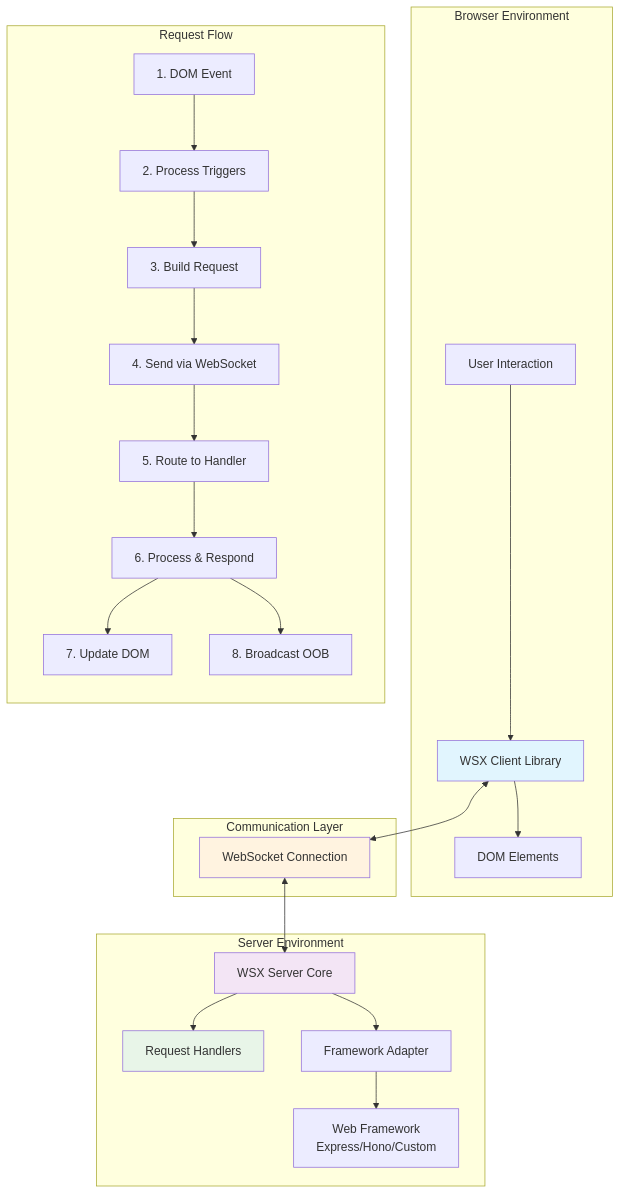
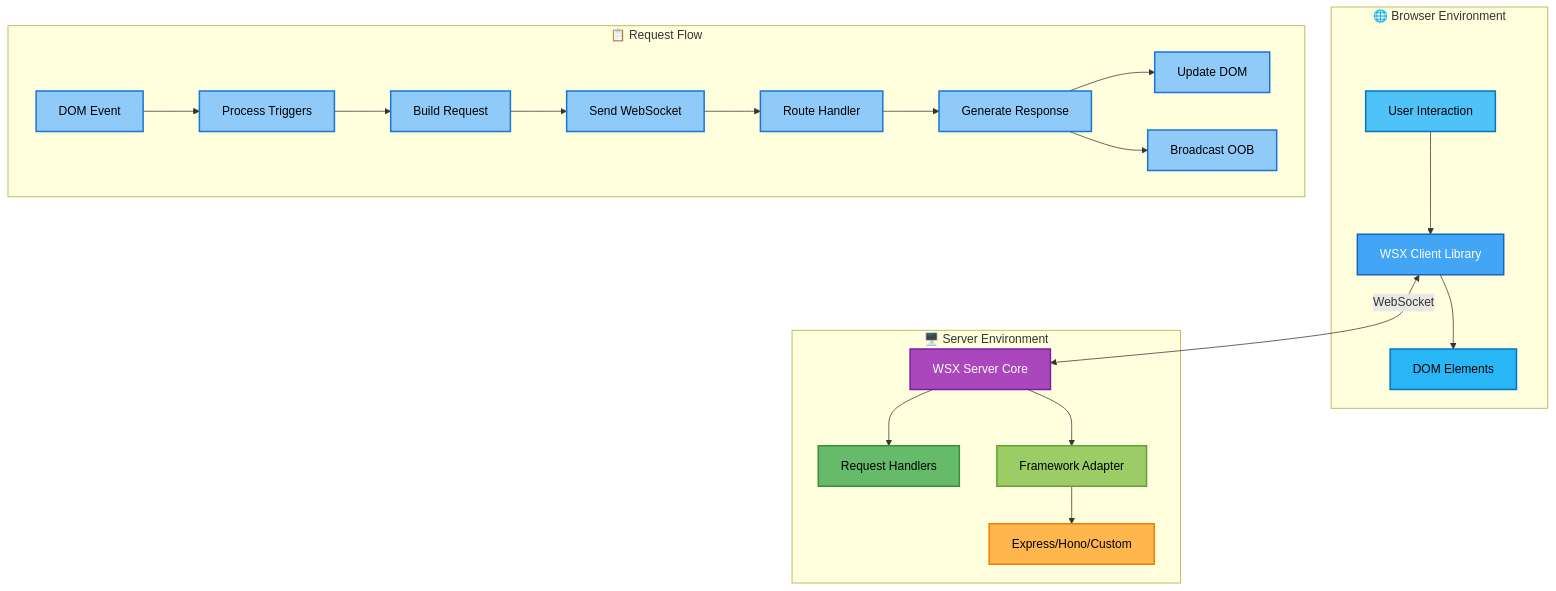
One commit to stukennedy/wsx changed the first of 2 diagrams in docs/concepts/architecture.mdx. Above: the diagram before and after it, drawn with Mermaid. The commit also changed 4 other files, not shown here.

````diff
--- a/docs/concepts/architecture.mdx
+++ b/docs/concepts/architecture.mdx
@@ -12,45 +12,51 @@
 ```mermaid
-graph TB
-    subgraph "Browser Environment"
-        Client[User Interaction]
+flowchart TD
+    subgraph Browser["🌐 Browser Environment"]
+        UI[User Interaction]
         WSXClient[WSX Client Library]
         DOM[DOM Elements]
         
-        Client --> WSXClient
+        UI --> WSXClient
         WSXClient --> DOM
     end
     
-    subgraph "Server Environment"
+    subgraph Server["🖥️ Server Environment"]
         WSXServer[WSX Server Core]
         Handlers[Request Handlers]
         Adapter[Framework Adapter]
-        Framework[Web Framework<br/>Express/Hono/Custom]
+        Framework[Express/Hono/Custom]
         
         WSXServer --> Handlers
         WSXServer --> Adapter
         Adapter --> Framework
     end
     
-    subgraph "Communication Layer"
-        WebSocket[WebSocket Connection]
+    WSXClient <-->|WebSocket| WSXServer
+    
+    subgraph Flow["📋 Request Flow"]
+        direction LR
+        A[DOM Event] --> B[Process Triggers]
+        B --> C[Build Request]
+        C --> D[Send WebSocket]
+        D --> E[Route Handler]
+        E --> F[Generate Response]
+        F --> G[Update DOM]
+        F --> H[Broadcast OOB]
     end
     
-    WSXClient <--> WebSocket
-    WebSocket <--> WSXServer
-    
-    subgraph "Request Flow"
-        direction TB
-        A[1. DOM Event] --> B[2. Process Triggers]
-        B --> C[3. Build Request]
-        C --> D[4. Send via WebSocket]
-        D --> E[5. Route to Handler]
-        E --> F[6. Process & Respond]
-        F --> G[7. Update DOM]
-        F --> H[8. Broadcast OOB]
-    end
-    
-    style WSXClient fill:#e1f5fe
-    style WSXServer fill:#f3e5f5
-    style WebSocket fill:#fff3e0
-    style Handlers fill:#e8f5e8
+    style UI fill:#4fc3f7,stroke:#0277bd,stroke-width:2px,color:#000
+    style WSXClient fill:#42a5f5,stroke:#1565c0,stroke-width:2px,color:#fff
+    style DOM fill:#29b6f6,stroke:#0277bd,stroke-width:2px,color:#000
+    style WSXServer fill:#ab47bc,stroke:#7b1fa2,stroke-width:2px,color:#fff
+    style Handlers fill:#66bb6a,stroke:#388e3c,stroke-width:2px,color:#000
+    style Adapter fill:#9ccc65,stroke:#689f38,stroke-width:2px,color:#000
+    style Framework fill:#ffb74d,stroke:#f57c00,stroke-width:2px,color:#000
+    style A fill:#90caf9,stroke:#1976d2,stroke-width:2px,color:#000
+    style B fill:#90caf9,stroke:#1976d2,stroke-width:2px,color:#000
+    style C fill:#90caf9,stroke:#1976d2,stroke-width:2px,color:#000
+    style D fill:#90caf9,stroke:#1976d2,stroke-width:2px,color:#000
+    style E fill:#90caf9,stroke:#1976d2,stroke-width:2px,color:#000
+    style F fill:#90caf9,stroke:#1976d2,stroke-width:2px,color:#000
+    style G fill:#90caf9,stroke:#1976d2,stroke-width:2px,color:#000
+    style H fill:#90caf9,stroke:#1976d2,stroke-width:2px,color:#000
 ```
````
